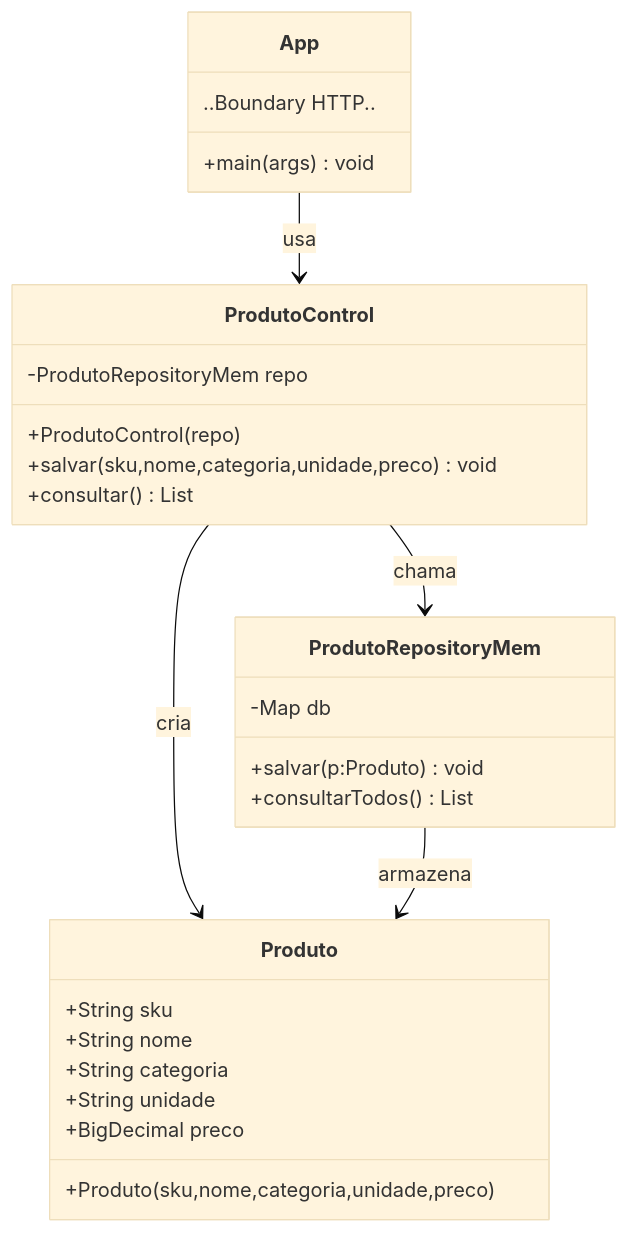
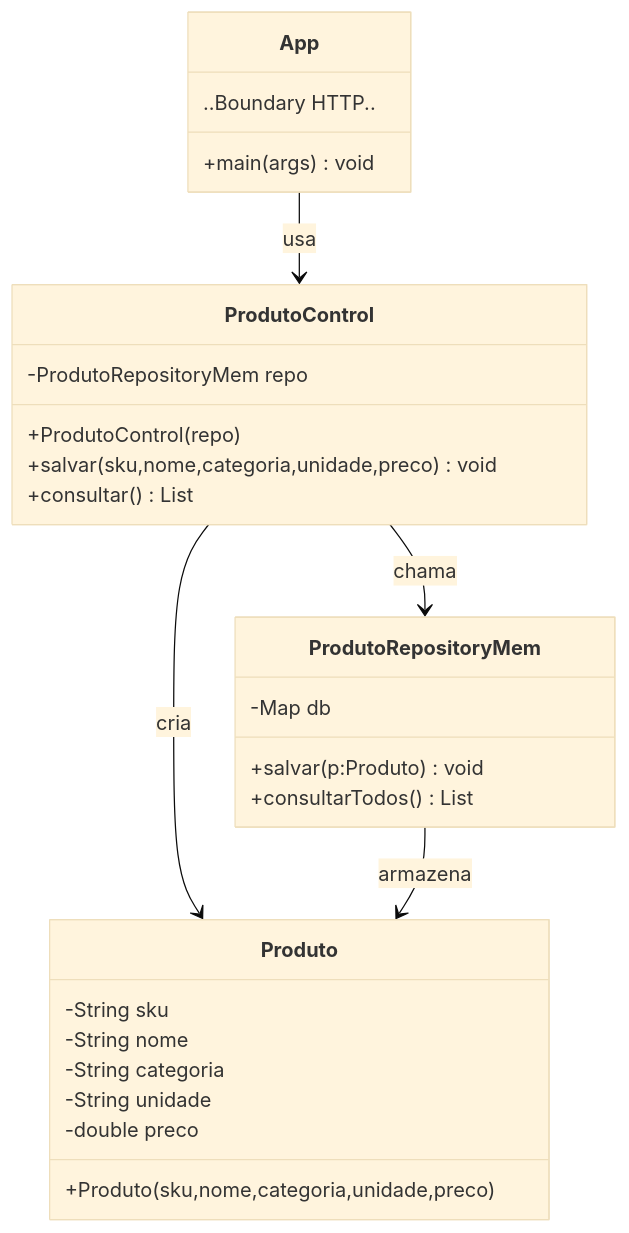
Before and after one commit to marcosfrancisco/teste-alfa: the fourth of 4 diagrams in aula5.md, drawn with Mermaid (base theme).

````diff
--- a/aula5.md
+++ b/aula5.md
@@ -55,36 +55,36 @@
 ```mermaid
 
 classDiagram
     class Produto {
-        +String sku
-        +String nome
-        +String categoria
-        +String unidade
-        +BigDecimal preco
+        -String sku
+        -String nome
+        -String categoria
+        -String unidade
+        -double preco
         +Produto(sku,nome,categoria,unidade,preco)
     }
 
     class ProdutoRepositoryMem {
         -Map db
         +salvar(p:Produto) void
         +consultarTodos() List
     }
 
     class ProdutoControl {
         -ProdutoRepositoryMem repo
         +ProdutoControl(repo)
         +salvar(sku,nome,categoria,unidade,preco) void
         +consultar() List
     }
 
     class App {
         +main(args) void
         ..Boundary HTTP..
     }
 
     App --> ProdutoControl : usa
     ProdutoControl --> Produto : cria
     ProdutoControl --> ProdutoRepositoryMem : chama
     ProdutoRepositoryMem --> Produto : armazena
 
 ```
````
